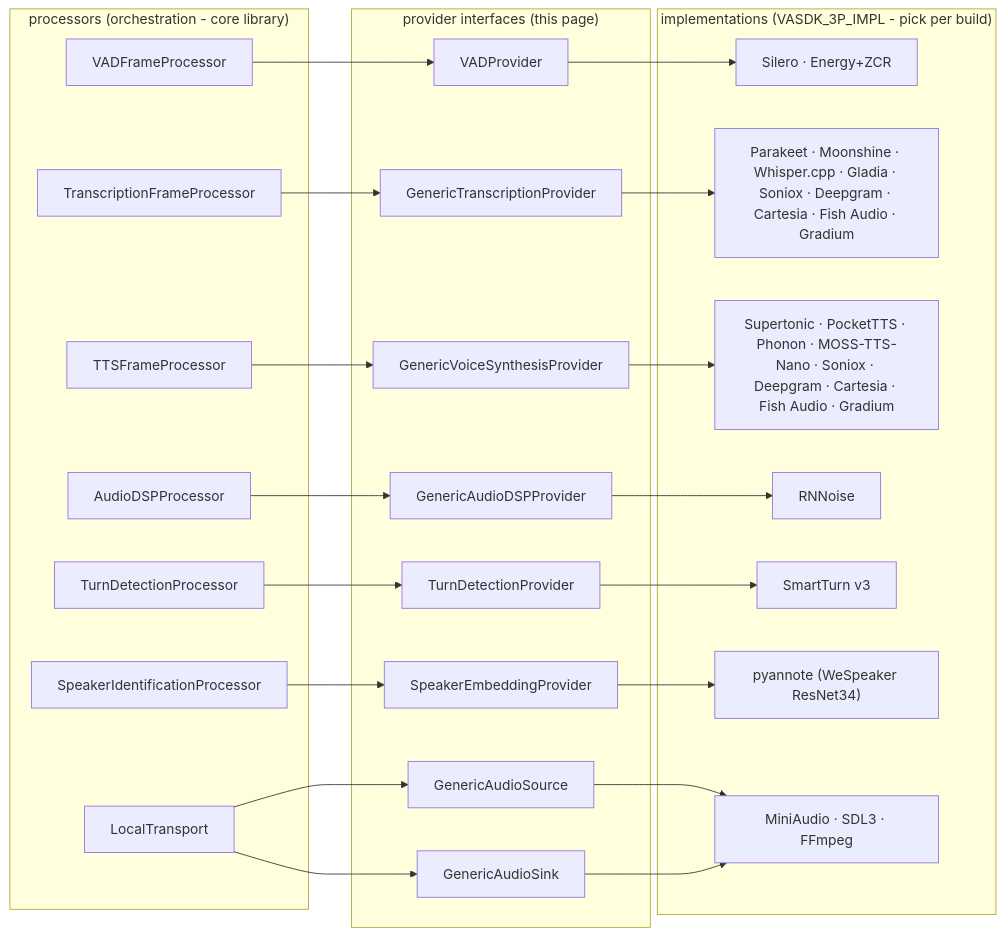
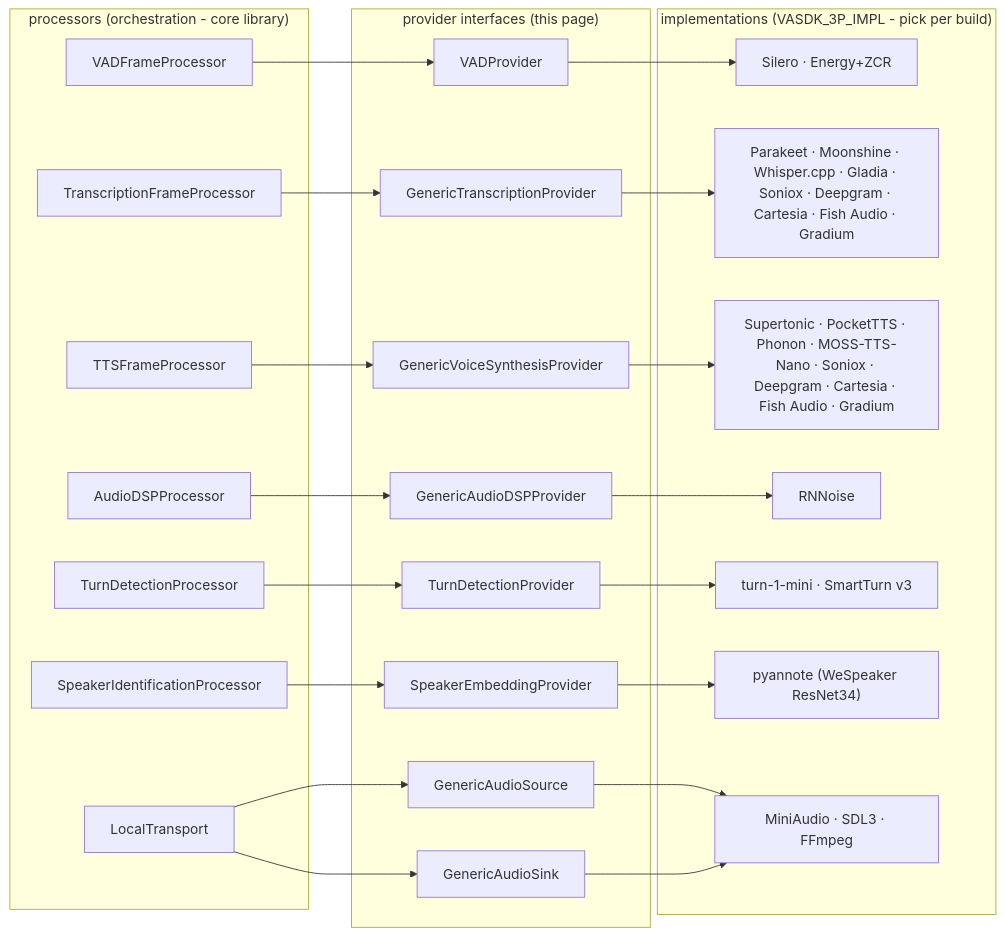
The diagram in docs/reference/providers.md (fatehmtd/VASDK), drawn with Mermaid before and after one commit. The commit also changed other lines of this file and 51 other files, not shown here.

Commit message:
feat(turn): turn-1-mini, a streaming end-of-turn model, preferred over SmartTurn (#24)

````diff
--- a/docs/reference/providers.md
+++ b/docs/reference/providers.md
@@ -9,38 +9,38 @@
 ```mermaid
 flowchart LR
     subgraph Processors["processors (orchestration - core library)"]
         VADP["VADFrameProcessor"]
         STTP["TranscriptionFrameProcessor"]
         TTSP["TTSFrameProcessor"]
         DSPP["AudioDSPProcessor"]
         TDP["TurnDetectionProcessor"]
         SIP["SpeakerIdentificationProcessor"]
         LT["LocalTransport"]
     end
     subgraph Providers["provider interfaces (this page)"]
         VAD["VADProvider"]
         STT["GenericTranscriptionProvider"]
         TTS["GenericVoiceSynthesisProvider"]
         DSP["GenericAudioDSPProvider"]
         TD["TurnDetectionProvider"]
         SE["SpeakerEmbeddingProvider"]
         SRC["GenericAudioSource"]
         SNK["GenericAudioSink"]
     end
     subgraph Impls["implementations (VASDK_3P_IMPL - pick per build)"]
         I1["Silero · Energy+ZCR"]
         I2["Parakeet · Moonshine · Whisper.cpp · Gladia · Soniox · Deepgram · Cartesia · Fish Audio · Gradium"]
         I3["Supertonic · PocketTTS · Phonon · MOSS-TTS-Nano · Soniox · Deepgram · Cartesia · Fish Audio · Gradium"]
         I4["RNNoise"]
-        I5["SmartTurn v3"]
+        I5["turn-1-mini · SmartTurn v3"]
         I7["pyannote (WeSpeaker ResNet34)"]
         I6["MiniAudio · SDL3 · FFmpeg"]
     end
     VADP --> VAD --> I1
     STTP --> STT --> I2
     TTSP --> TTS --> I3
     DSPP --> DSP --> I4
     TDP --> TD --> I5
     SIP --> SE --> I7
     LT --> SRC & SNK --> I6
 ```
````
